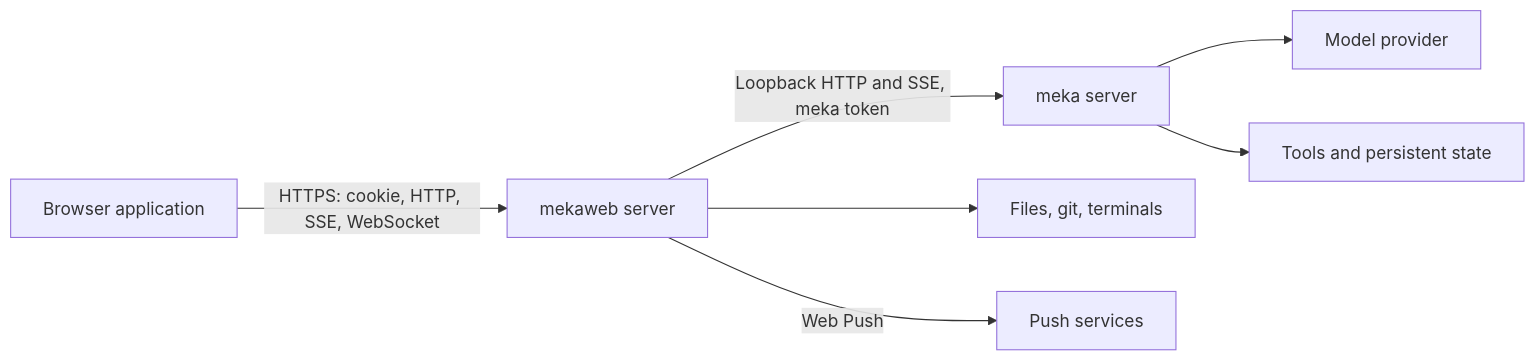
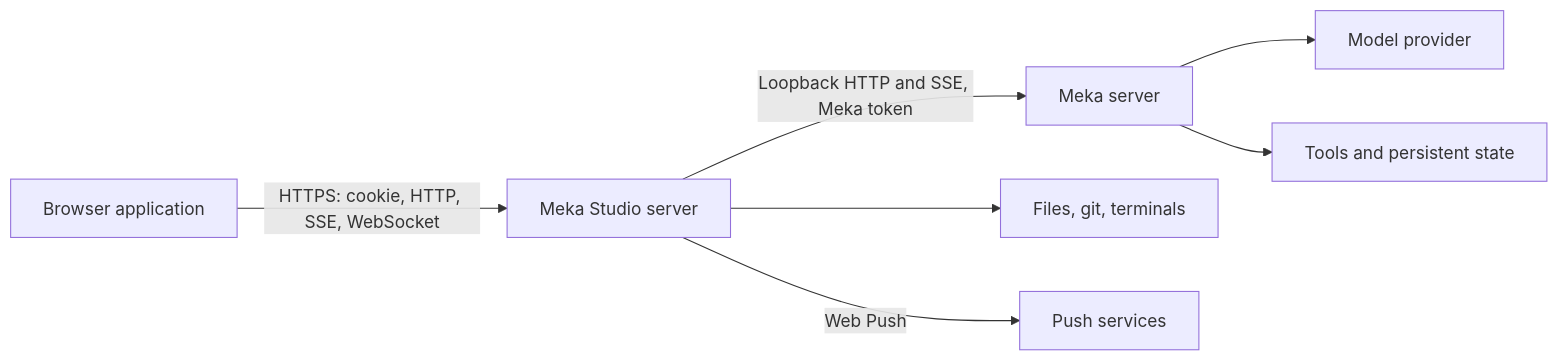
Before and after one commit to k4yt3x/mekaweb: the diagram in docs/architecture.md, drawn with Mermaid. The commit also changed other lines of this file and 188 other files, not shown here.

Commit message:
feat!: rename mekaweb to Meka Studio

````diff
--- a/docs/architecture.md
+++ b/docs/architecture.md
@@ -7,9 +7,9 @@
 ```mermaid
 flowchart LR
-    Browser[Browser application] -->|HTTPS: cookie, HTTP, SSE, WebSocket| Server[mekaweb server]
-    Server -->|Loopback HTTP and SSE, meka token| Meka[meka server]
+    Browser[Browser application] -->|HTTPS: cookie, HTTP, SSE, WebSocket| Server[Meka Studio server]
+    Server -->|Loopback HTTP and SSE, Meka token| Meka[Meka server]
     Server --> Host[Files, git, terminals]
     Server -->|Web Push| PushService[Push services]
     Meka --> Provider[Model provider]
     Meka --> Tools[Tools and persistent state]
 ```
````
